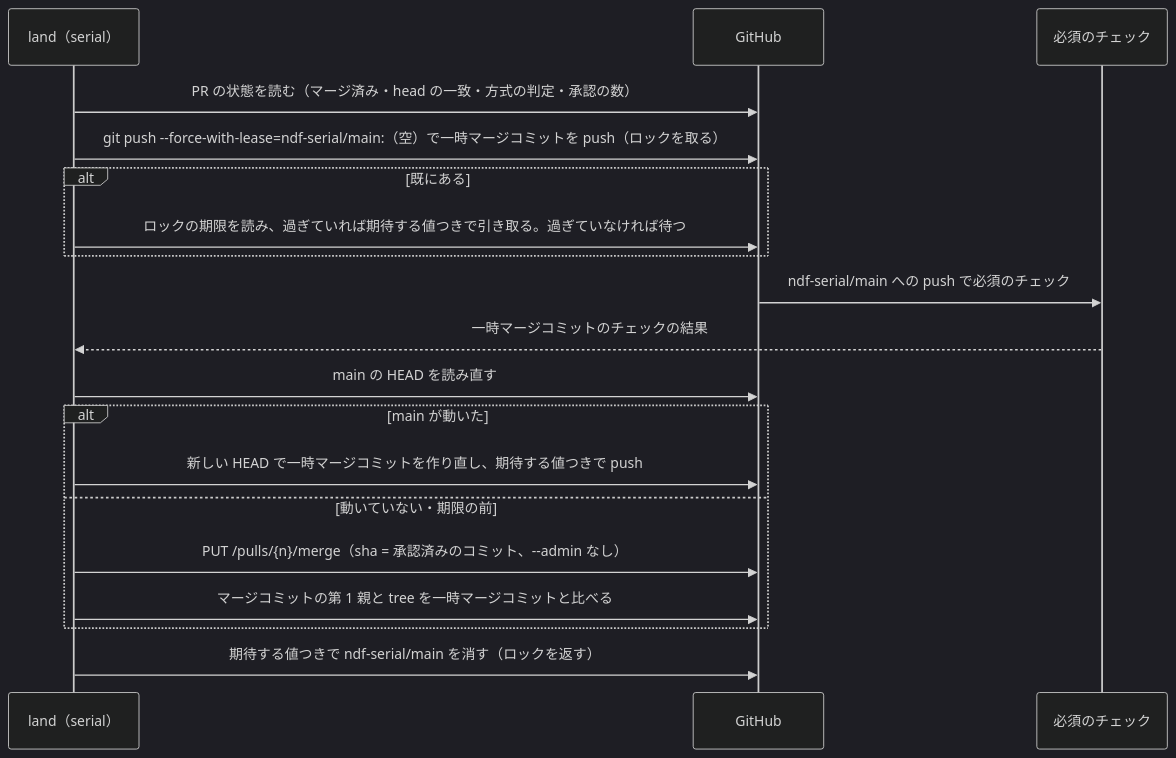
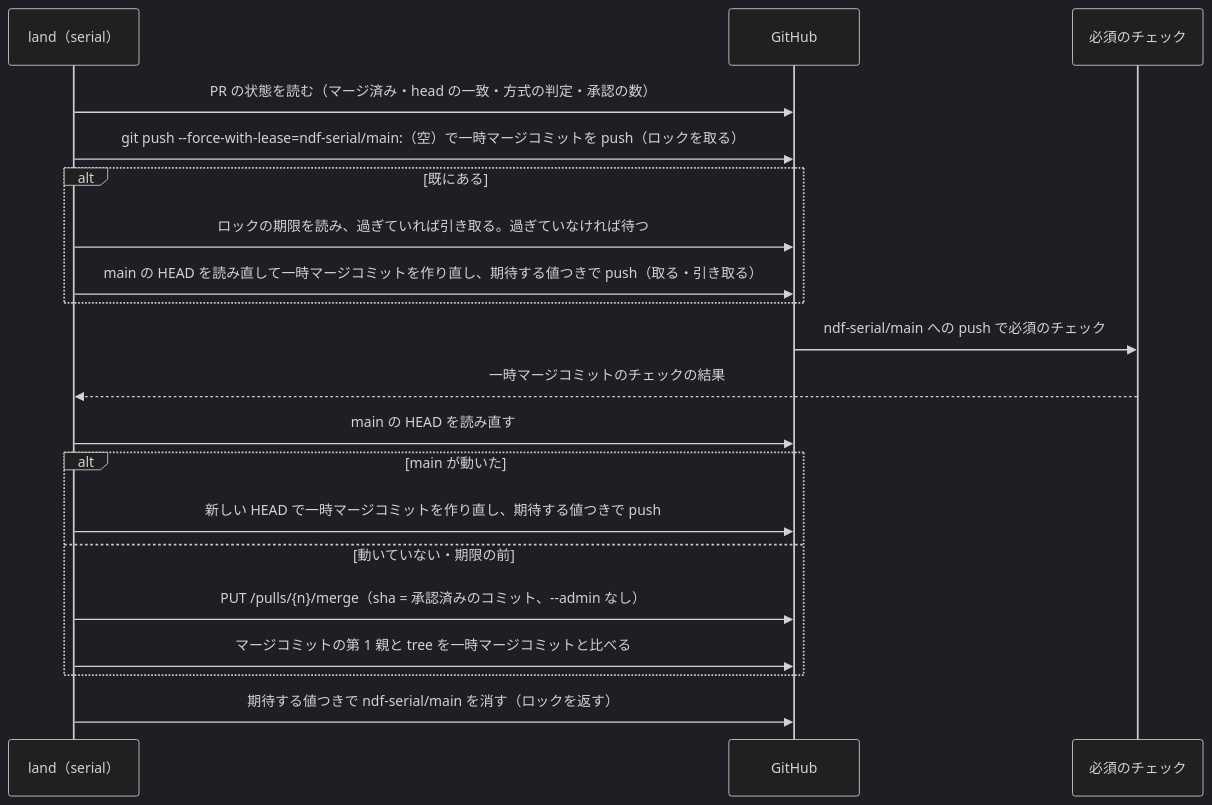
One commit to devbasex/ai-plugins changed the first of 2 diagrams in issues/issue-3641-design-serial.md. Above: the diagram before and after it, drawn with Mermaid (dark theme). The commit also changed other lines of this file and 1 other file, not shown here.

````diff
--- a/issues/issue-3641-design-serial.md
+++ b/issues/issue-3641-design-serial.md
@@ -72,21 +72,22 @@
 ```mermaid
 sequenceDiagram
     participant L as land（serial）
     participant G as GitHub
     participant CI as 必須のチェック
     L->>G: PR の状態を読む（マージ済み・head の一致・方式の判定・承認の数）
     L->>G: git push --force-with-lease=ndf-serial/main:（空）で一時マージコミットを push（ロックを取る）
     alt 既にある
-        L->>G: ロックの期限を読み、過ぎていれば期待する値つきで引き取る。過ぎていなければ待つ
+        L->>G: ロックの期限を読み、過ぎていれば引き取る。過ぎていなければ待つ
+        L->>G: main の HEAD を読み直して一時マージコミットを作り直し、期待する値つきで push（取る・引き取る）
     end
     G->>CI: ndf-serial/main への push で必須のチェック
     CI-->>L: 一時マージコミットのチェックの結果
     L->>G: main の HEAD を読み直す
     alt main が動いた
         L->>G: 新しい HEAD で一時マージコミットを作り直し、期待する値つきで push
     else 動いていない・期限の前
         L->>G: PUT /pulls/{n}/merge（sha = 承認済みのコミット、--admin なし）
         L->>G: マージコミットの第 1 親と tree を一時マージコミットと比べる
     end
     L->>G: 期待する値つきで ndf-serial/main を消す（ロックを返す）
 ```
````
